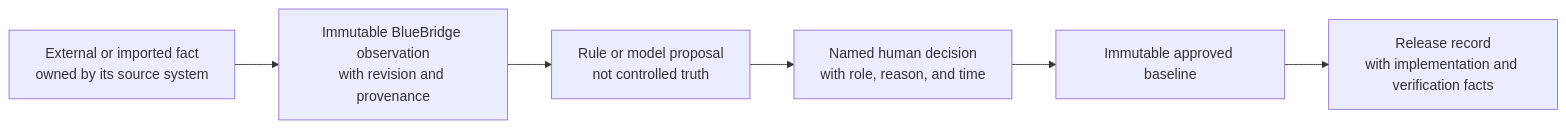
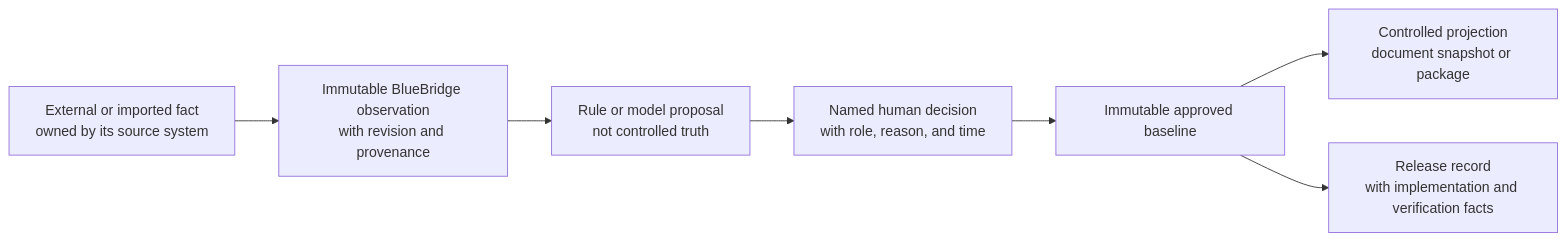
Before and after one commit to caffreit/rhythmreview-evidence-workspace: the diagram in docs/authority-model.md, drawn with Mermaid. The commit also changed other lines of this file and 65 other files, not shown here.

Commit message:
Implement WP-30 controlled document workflow

````diff
--- a/docs/authority-model.md
+++ b/docs/authority-model.md
@@ -19,8 +19,9 @@
 ```mermaid
 flowchart LR
     Fact["External or imported fact<br/>owned by its source system"] --> Observation["Immutable BlueBridge observation<br/>with revision and provenance"]
     Observation --> Proposal["Rule or model proposal<br/>not controlled truth"]
     Proposal --> Decision["Named human decision<br/>with role, reason, and time"]
     Decision --> Baseline[Immutable approved baseline]
+    Baseline --> Projection["Controlled projection<br/>document snapshot or package"]
     Baseline --> Release["Release record<br/>with implementation and verification facts"]
 ```
````
